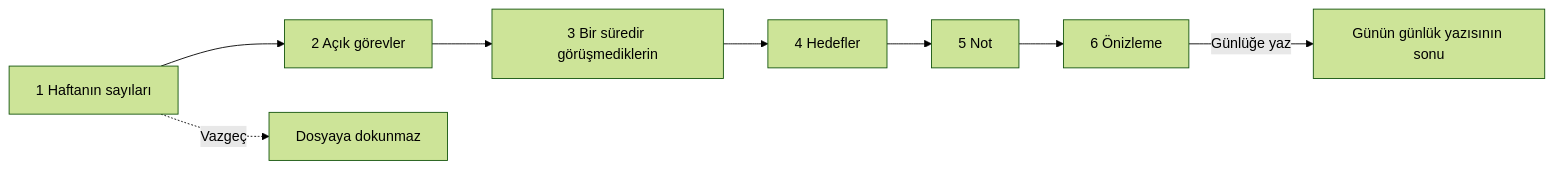
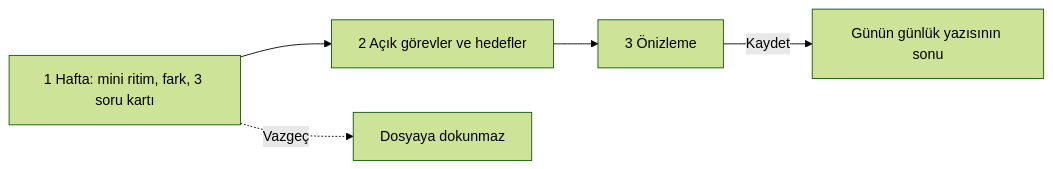
The tenth of 19 diagrams in docs/screens.md (dogancanyildiz/kenet), drawn with Mermaid (forest theme) before and after one commit. The commit also changed other lines of this file and 3 other files, not shown here.

````diff
--- a/docs/screens.md
+++ b/docs/screens.md
@@ -591,10 +617,7 @@
 ```mermaid
 flowchart LR
-    A[1 Haftanın sayıları] --> B[2 Açık görevler]
-    B --> C[3 Bir süredir görüşmediklerin]
-    C --> D[4 Hedefler]
-    D --> E[5 Not]
-    E --> F[6 Önizleme]
-    F -->|Günlüğe yaz| G[Günün günlük yazısının sonu]
+    A[1 Hafta: mini ritim, fark, 3 soru kartı] --> B[2 Açık görevler ve hedefler]
+    B --> C[3 Önizleme]
+    C -->|Kaydet| G[Günün günlük yazısının sonu]
     A -.->|Vazgeç| H[Dosyaya dokunmaz]
 ```
````
